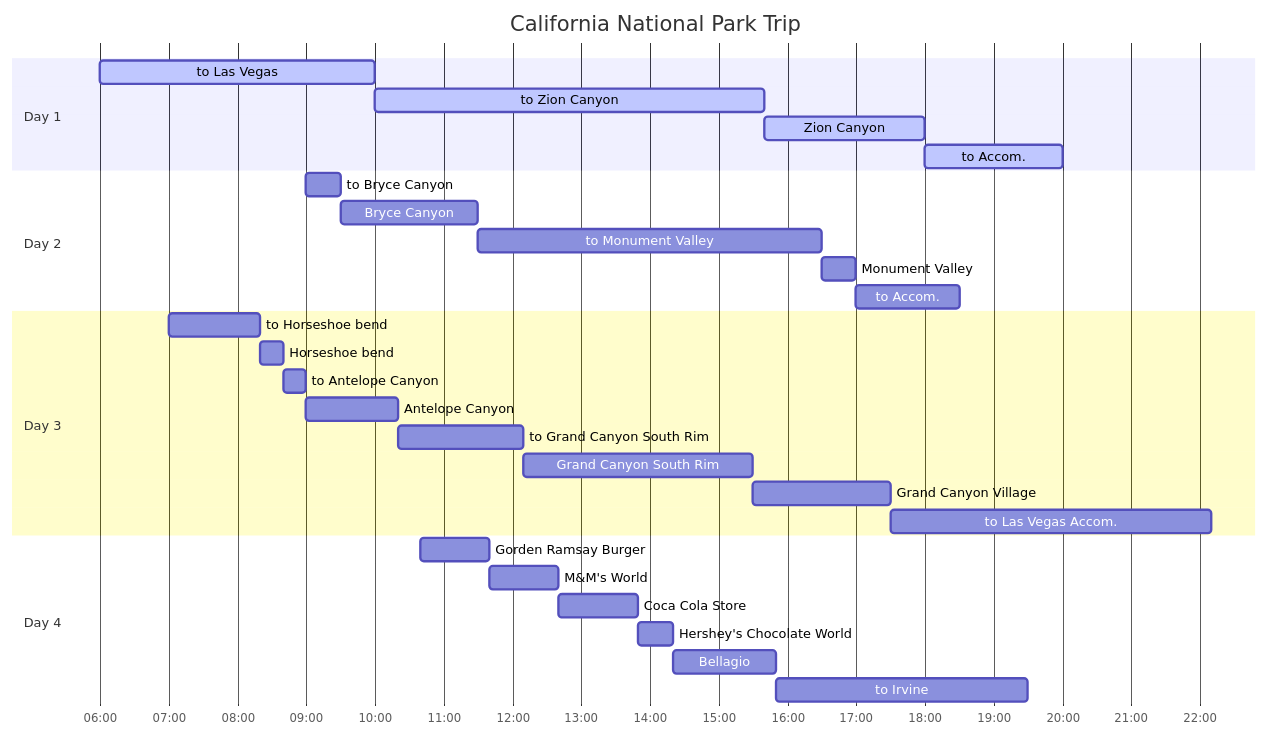
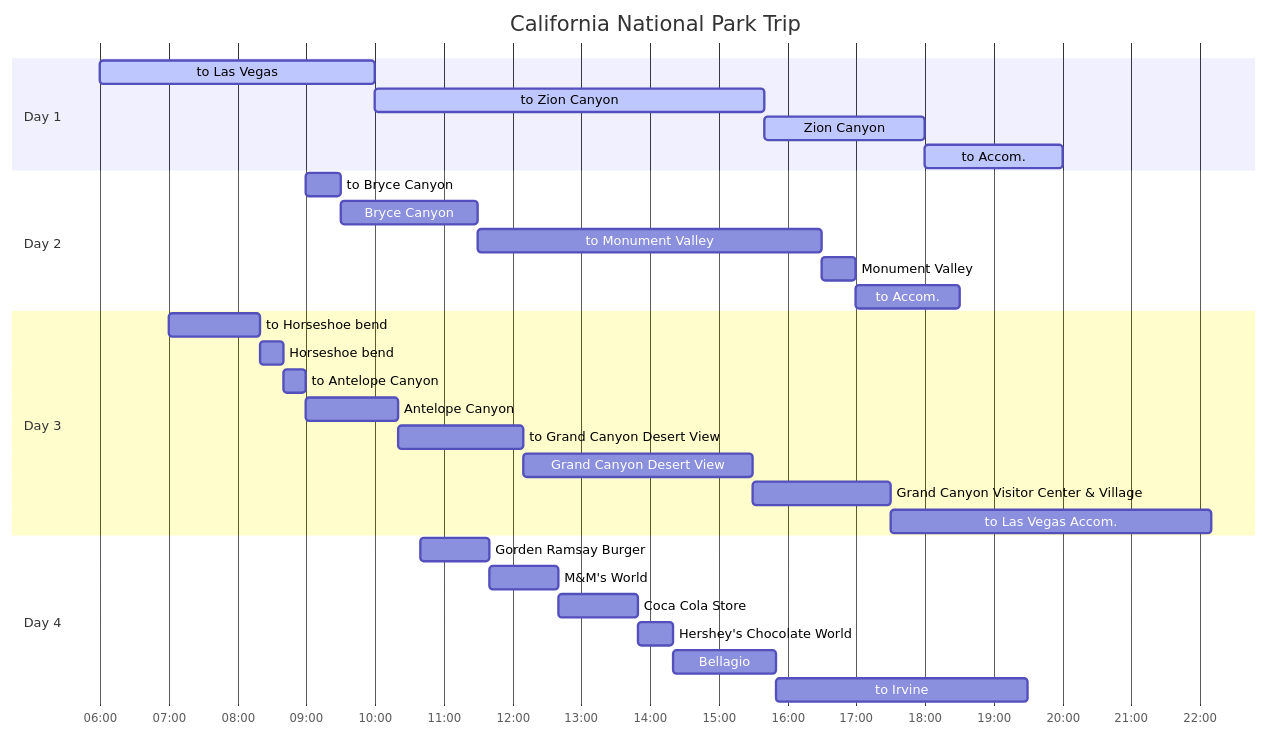
The first of 5 diagrams in _posts/2024-03-26-california-national-park-trip-1.md (applic8ion/applic8ion.github.io), drawn with Mermaid before and after one commit. The commit also changed other lines of this file and 41 other files, not shown here.

````diff
--- a/_posts/2024-03-26-california-national-park-trip-1.md
+++ b/_posts/2024-03-26-california-national-park-trip-1.md
@@ -14,33 +14,33 @@
 ```mermaid
 gantt
 dateFormat HH:mm
 axisFormat %H:%M
 title  California National Park Trip
 section Day 1
 to Las Vegas: active, d1-1, 06:00, 10:00
 to Zion Canyon: active, d1-2, after d1-1, 15:40
 Zion Canyon: active, d1-3, after d1-2, 18:00
 to Accom.: active, d1-4, after d1-3, 20:00
 section Day 2
 to Bryce Canyon : d2-1, 09:00, 30m
 Bryce Canyon : d2-2, after d2-1, 2h
 to Monument Valley: d2-3, after d2-2, 16:30
 Monument Valley: d2-4, after d2-3, 17:00
 to Accom.: d2-5, after d2-4, 18:30
 section Day 3
 to Horseshoe bend: d3-1, 07:00, 08:20
 Horseshoe bend: d3-2, after d3-1, 08:40
 to Antelope Canyon: d3-3, after d3-2, 09:00
 Antelope Canyon: d3-4, after d3-3, 10:20
-to Grand Canyon South Rim: d3-5, after d3-4, 12:10
-Grand Canyon South Rim: d3-6, after d3-5, 15:30
-Grand Canyon Village: d3-7, after d3-6, 17:30
+to Grand Canyon Desert View: d3-5, after d3-4, 12:10
+Grand Canyon Desert View: d3-6, after d3-5, 15:30
+Grand Canyon Visitor Center & Village: d3-7, after d3-6, 17:30
 to Las Vegas Accom.: d3-8, after d3-7, 22:10
 section Day 4
 Gorden Ramsay Burger: d4-1, 10:40, 11:40
 M&M's World: d4-2, after d4-1, 12:40
 Coca Cola Store: d4-3, after d4-2, 13:50
 Hershey's Chocolate World: d4-4, after d4-3, 14:20
 Bellagio: d4-5, after d4-4, 15:50
 to Irvine: d4-6, after d4-5, 19:30
 ```
````
